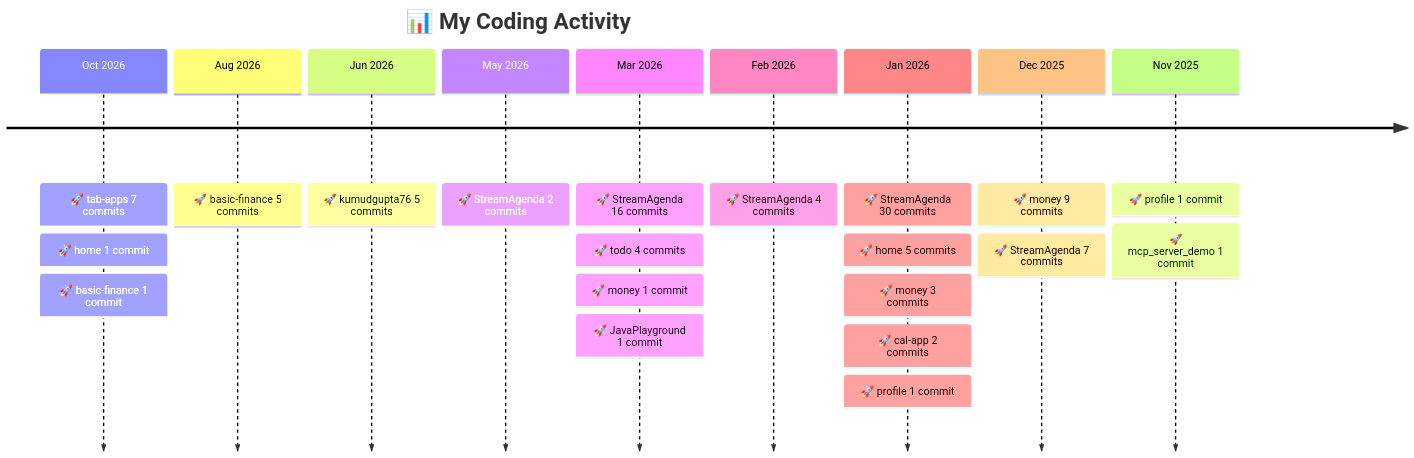
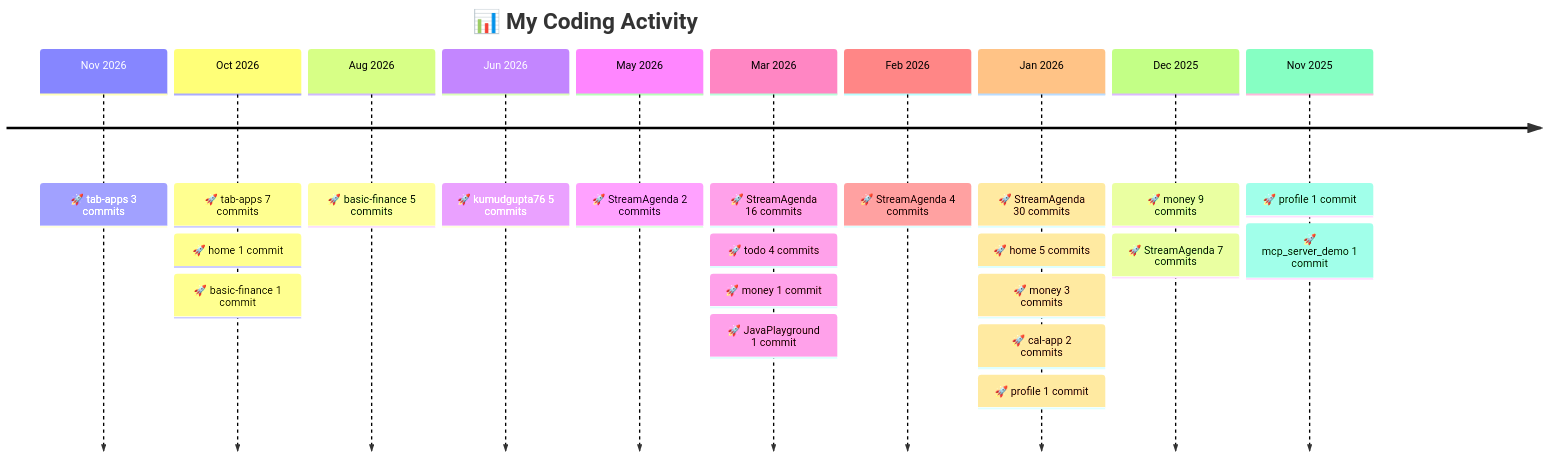
The diagram in README.md (kumudgupta76/kumudgupta76), drawn with Mermaid before and after one commit. The commit also changed other lines of this file, not shown here.

Commit message:
chore: update project timeline [skip ci]

````diff
--- a/README.md
+++ b/README.md
@@ -39,13 +39,14 @@
 ```mermaid
 timeline
     title 📊 My Coding Activity
+    Nov 2026 : 🚀 tab-apps 3 commits
     Oct 2026 : 🚀 tab-apps 7 commits : 🚀 home 1 commit : 🚀 basic-finance 1 commit
     Aug 2026 : 🚀 basic-finance 5 commits
     Jun 2026 : 🚀 kumudgupta76 5 commits
     May 2026 : 🚀 StreamAgenda 2 commits
     Mar 2026 : 🚀 StreamAgenda 16 commits : 🚀 todo 4 commits : 🚀 money 1 commit : 🚀 JavaPlayground 1 commit
     Feb 2026 : 🚀 StreamAgenda 4 commits
     Jan 2026 : 🚀 StreamAgenda 30 commits : 🚀 home 5 commits : 🚀 money 3 commits : 🚀 cal-app 2 commits : 🚀 profile 1 commit
     Dec 2025 : 🚀 money 9 commits : 🚀 StreamAgenda 7 commits
     Nov 2025 : 🚀 profile 1 commit : 🚀 mcp_server_demo 1 commit
 ```
````
